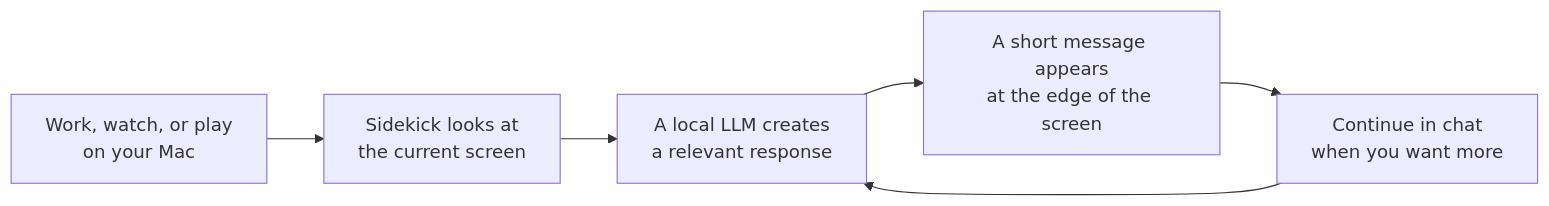
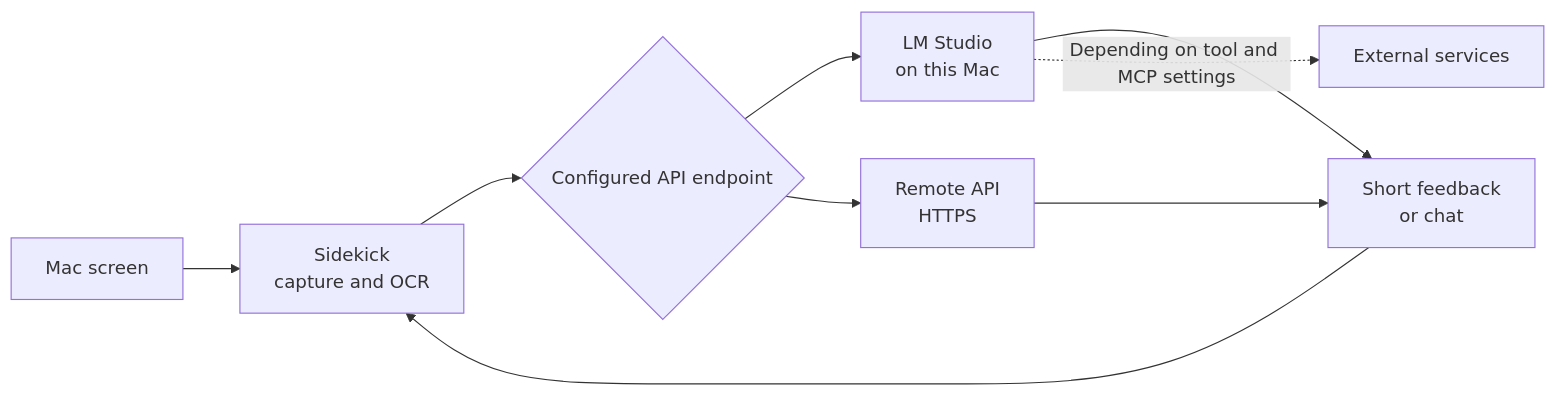
The diagram in README.md (ast-ry/sidekick), drawn with Mermaid before and after one commit. The commit also changed other lines of this file and 6 other files, not shown here.

````diff
--- a/README.md
+++ b/README.md
@@ -25,12 +19,11 @@
 ```mermaid
 flowchart LR
-    screen["Work, watch, or play<br/>on your Mac"]
-    capture["Sidekick looks at<br/>the current screen"]
-    lmstudio["A local LLM creates<br/>a relevant response"]
-    feedback["A short message appears<br/>at the edge of the screen"]
-    chat["Continue in chat<br/>when you want more"]
-
-    screen --> capture --> lmstudio --> feedback
-    feedback --> chat
-    chat --> lmstudio
+    screen["Mac screen"] --> sidekick["Sidekick<br/>capture and OCR"]
+    sidekick --> endpoint{"Configured API endpoint"}
+    endpoint --> local["LM Studio<br/>on this Mac"]
+    endpoint --> remote["Remote API<br/>HTTPS"]
+    local --> response["Short feedback<br/>or chat"]
+    remote --> response
+    response --> sidekick
+    local -. "Depending on tool and MCP settings" .-> external["External services"]
 ```
````
